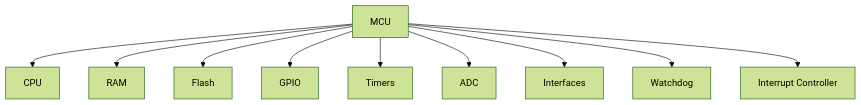
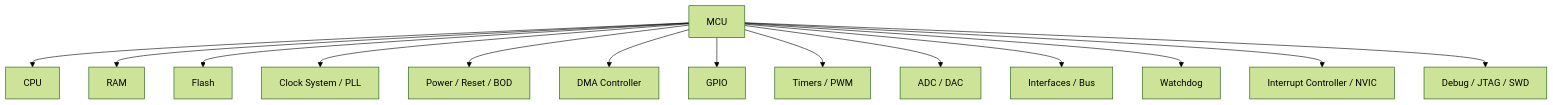
The eighth of 25 diagrams in apresentação/palestra_sdd_software_embarcado.md (wvianna/dev-embarcado-sdd-ia), drawn with Mermaid (forest theme) before and after one commit. The commit also changed other lines of this file and 6 other files, not shown here.

````diff
--- a/apresentação/palestra_sdd_software_embarcado.md
+++ b/apresentação/palestra_sdd_software_embarcado.md
@@ -467,13 +610,17 @@
 ```mermaid
 flowchart TB
     MCU[MCU]
     MCU --> CPU[CPU]
     MCU --> RAM[RAM]
     MCU --> FLASH[Flash]
+    MCU --> CLK[Clock System / PLL]
+    MCU --> PWR[Power / Reset / BOD]
+    MCU --> DMA[DMA Controller]
     MCU --> GPIO[GPIO]
-    MCU --> TIM[Timers]
-    MCU --> ADC[ADC]
-    MCU --> COM[Interfaces]
+    MCU --> TIM[Timers / PWM]
+    MCU --> ADC[ADC / DAC]
+    MCU --> COM[Interfaces / Bus]
     MCU --> WDG[Watchdog]
-    MCU --> INT[Interrupt Controller]
+    MCU --> INT[Interrupt Controller / NVIC]
+    MCU --> DBG[Debug / JTAG / SWD]
 ```
````
